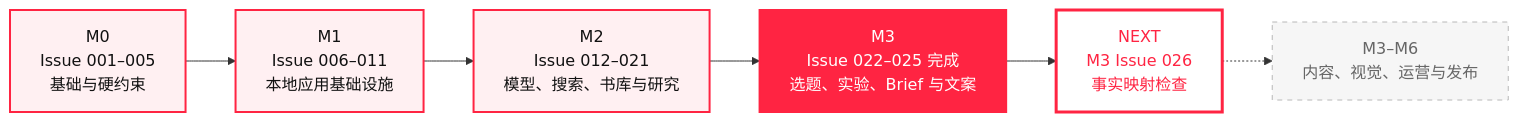
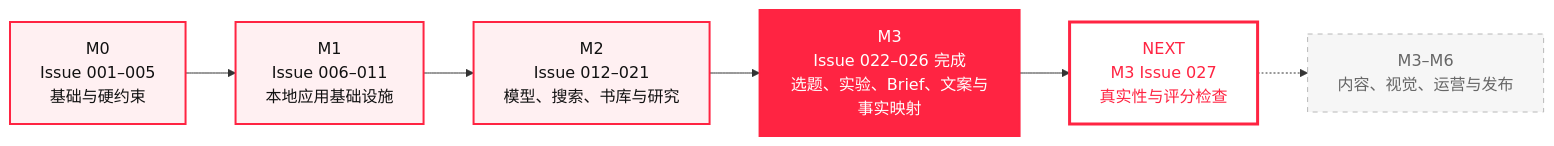
Before and after one commit to KAtOReNA7/Rednote-Automated-Operation-Tool: the first of 2 diagrams in README.md, drawn with Mermaid. The commit also changed other lines of this file and 89 other files, not shown here.

````diff
--- a/README.md
+++ b/README.md
@@ -65,18 +69,18 @@
 ```mermaid
 flowchart LR
     M0["M0<br/>Issue 001–005<br/>基础与硬约束"] --> M1["M1<br/>Issue 006–011<br/>本地应用基础设施"]
     M1 --> M2["M2<br/>Issue 012–021<br/>模型、搜索、书库与研究"]
-    M2 --> M3["M3<br/>Issue 022–025 完成<br/>选题、实验、Brief 与文案"]
-    M3 --> NEXT["NEXT<br/>M3 Issue 026<br/>事实映射检查"]
+    M2 --> M3["M3<br/>Issue 022–026 完成<br/>选题、实验、Brief、文案与事实映射"]
+    M3 --> NEXT["NEXT<br/>M3 Issue 027<br/>真实性与评分检查"]
     NEXT -.-> FUTURE["M3–M6<br/>内容、视觉、运营与发布"]
 
     classDef done fill:#fff0f2,stroke:#ff2442,color:#111,stroke-width:2px;
     classDef active fill:#ff2442,stroke:#ff2442,color:#fff,stroke-width:2px;
     classDef next fill:#fff,stroke:#ff2442,color:#ff2442,stroke-width:3px;
     classDef future fill:#f6f6f6,stroke:#b8b8b8,color:#666,stroke-dasharray:5 5;
 
     class M0,M1,M2 done;
     class M3 active;
     class NEXT next;
     class FUTURE future;
 ```
````
